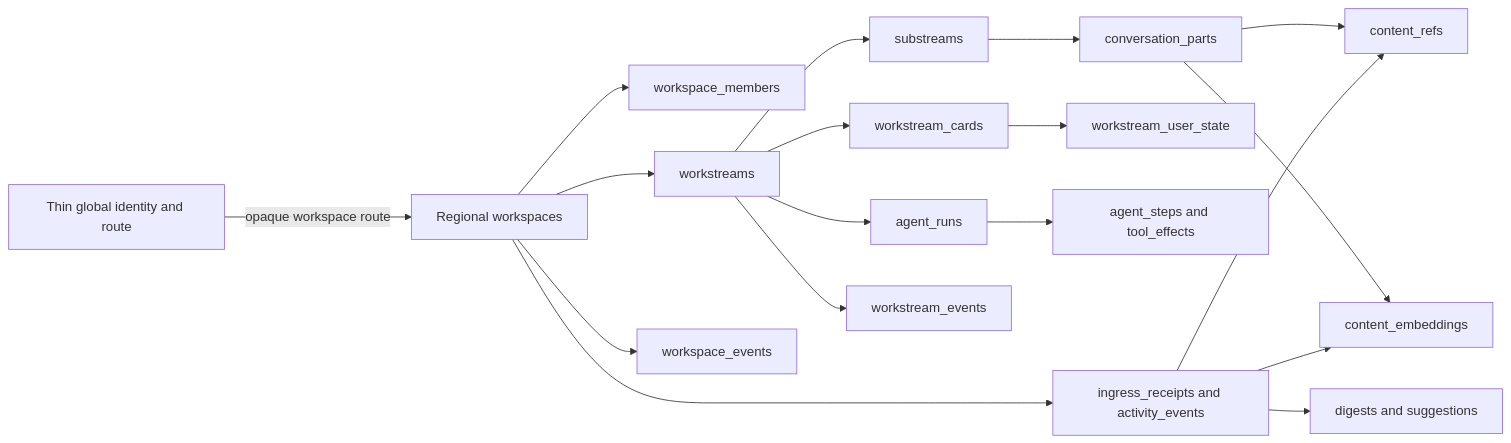
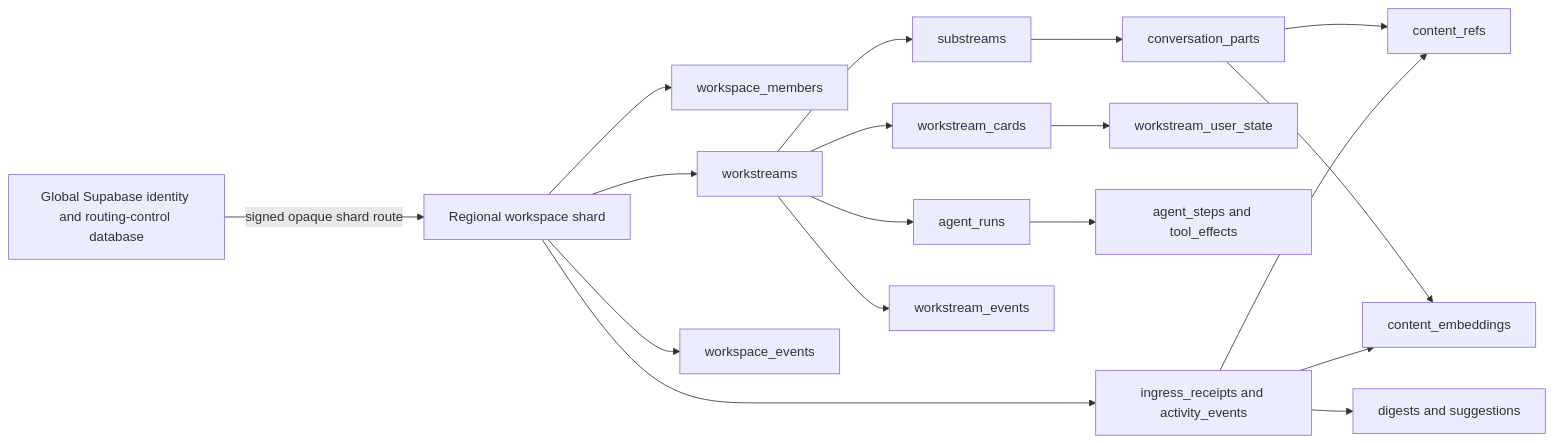
One commit to juno-ai-labs/avalon changed the diagram in docs/PRDs/2026-08-15_supabase-workspace-workstream-conversations/prd.md. Above: the diagram before and after it, drawn with Mermaid. The commit also changed other lines of this file and 6 other files, not shown here.

Commit message:
docs: refine workstream architecture designs

````diff
--- a/docs/PRDs/2026-08-15_supabase-workspace-workstream-conversations/prd.md
+++ b/docs/PRDs/2026-08-15_supabase-workspace-workstream-conversations/prd.md
@@ -943,20 +1086,20 @@
 ```mermaid
 flowchart LR
-  G["Thin global identity and route"] -->|"opaque workspace route"| W["Regional workspaces"]
+  G["Global Supabase identity and routing-control database"] -->|"signed opaque shard route"| W["Regional workspace shard"]
   W --> M["workspace_members"]
   W --> WS["workstreams"]
   WS --> S["substreams"]
   S --> P["conversation_parts"]
   WS --> C["workstream_cards"]
   C --> U["workstream_user_state"]
   WS --> R["agent_runs"]
   R --> RS["agent_steps and tool_effects"]
   W --> A["ingress_receipts and activity_events"]
   A --> SG["digests and suggestions"]
   P --> CR["content_refs"]
   A --> CR
   P --> E["content_embeddings"]
   A --> E
   WS --> WE["workstream_events"]
   W --> XE["workspace_events"]
 ```
````
